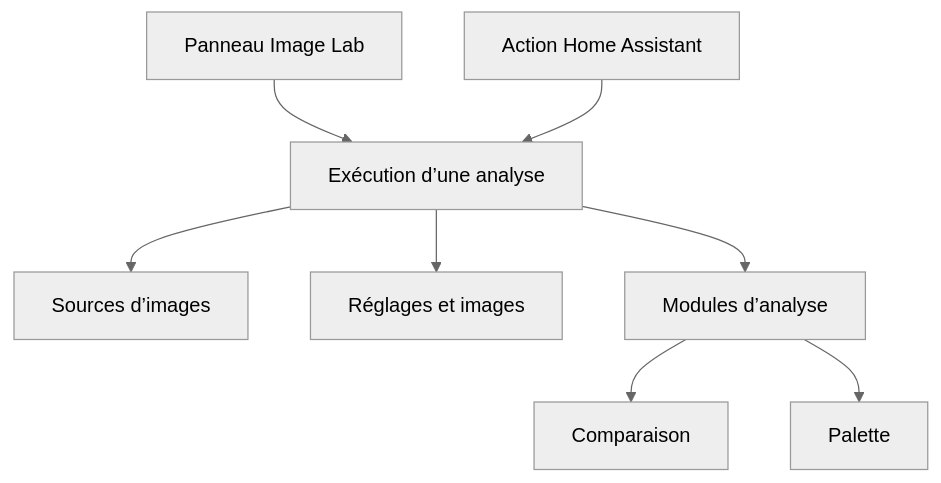
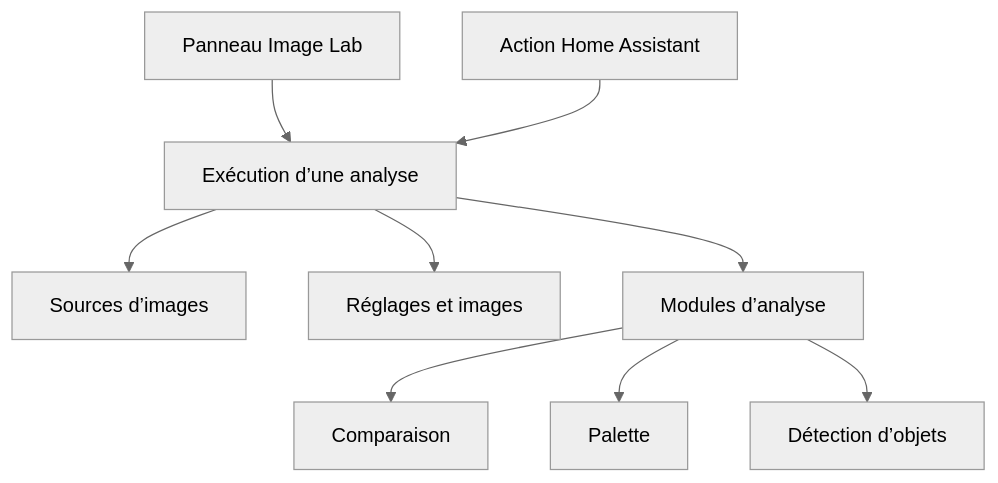
Before and after one commit to zoic21/ha-imagelab: the diagram in README.md, drawn with Mermaid (neutral theme). The commit also changed other lines of this file and 11 other files, not shown here.

Commit message:
Ajoute la détection locale d’objets avec NanoDet-Plus

````diff
--- a/README.md
+++ b/README.md
@@ -59,10 +69,11 @@
 ```mermaid
 flowchart TD
     Panel["Panneau Image Lab"] --> Runner["Exécution d’une analyse"]
     Action["Action Home Assistant"] --> Runner
     Runner --> Sources["Sources d’images"]
     Runner --> Data["Réglages et images"]
     Runner --> Tools["Modules d’analyse"]
     Tools --> Compare["Comparaison"]
     Tools --> Palette["Palette"]
+    Tools --> Objects["Détection d’objets"]
 ```
````
